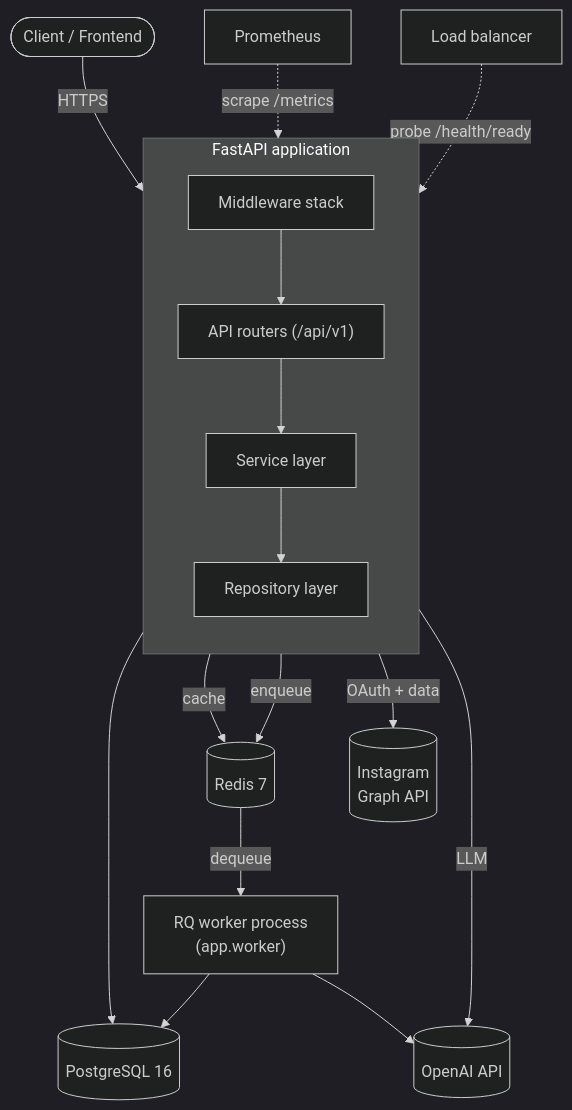
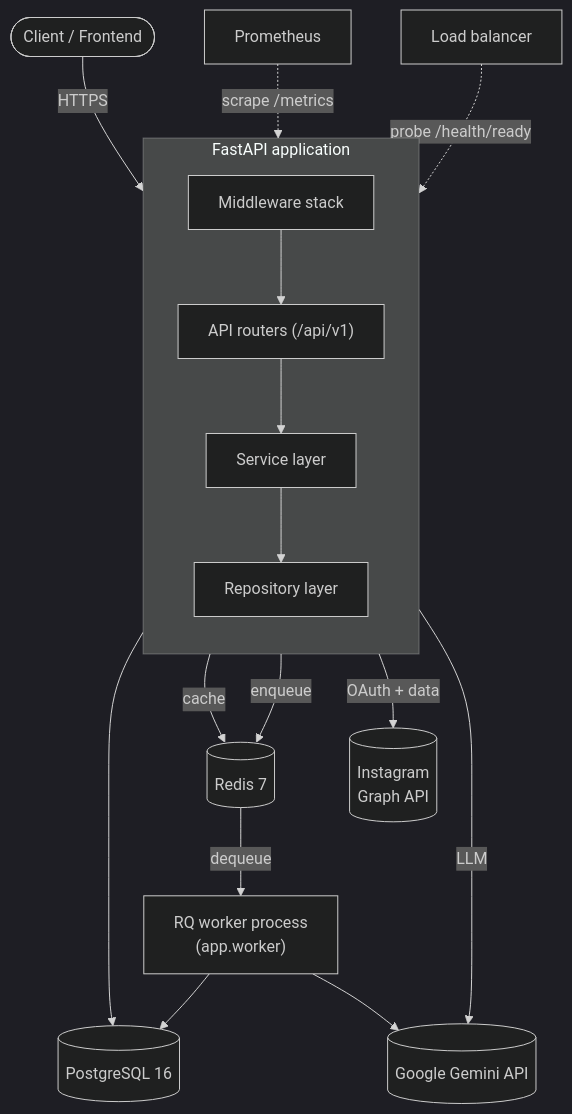
Before and after one commit to Manohar0441/instagram-ai-agent: the first of 13 diagrams in Documents/ARCHITECTURE.md, drawn with Mermaid (dark theme). The commit also changed other lines of this file and 22 other files, not shown here.

````diff
--- a/Documents/ARCHITECTURE.md
+++ b/Documents/ARCHITECTURE.md
@@ -11,33 +11,33 @@
 ```mermaid
 flowchart TB
     Client([Client / Frontend])
 
     subgraph App["FastAPI application"]
         direction TB
         MW["Middleware stack"]
         Routers["API routers (/api/v1)"]
         Services["Service layer"]
         Repos["Repository layer"]
         MW --> Routers --> Services --> Repos
     end
 
     Worker["RQ worker process<br/>(app.worker)"]
 
     PG[("PostgreSQL 16")]
     Redis[("Redis 7")]
     Meta[("Instagram<br/>Graph API")]
-    OpenAI[("OpenAI API")]
+    Gemini[("Google Gemini API")]
 
     Client -->|HTTPS| MW
     Repos --> PG
     Services -->|cache| Redis
     Services -->|enqueue| Redis
     Services -->|OAuth + data| Meta
-    Services -->|LLM| OpenAI
+    Services -->|LLM| Gemini
     Redis -->|dequeue| Worker
     Worker --> PG
-    Worker --> OpenAI
+    Worker --> Gemini
 
     Prom["Prometheus"] -.->|scrape /metrics| App
     LB["Load balancer"] -.->|probe /health/ready| App
 ```
````
